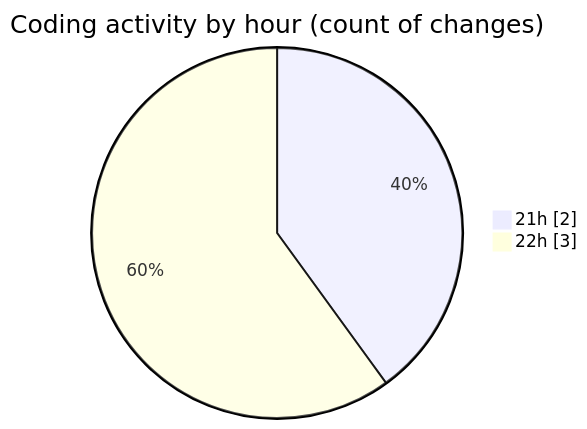
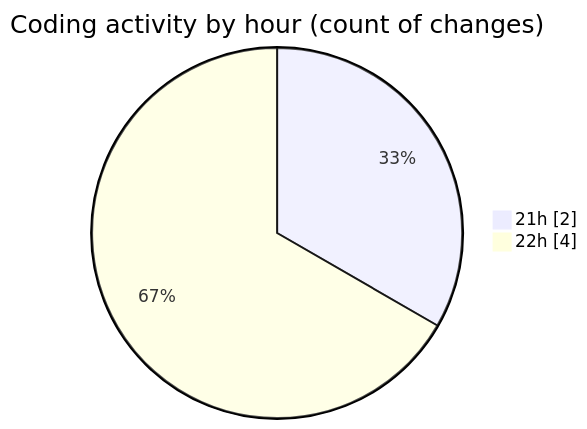
Before and after one commit to donsfak/code-tracking: the second of 2 diagrams in 2025-10-28/projet_distribu_/README.md, drawn with Mermaid. The commit also changed other lines of this file and 1 other file, not shown here.

````diff
--- a/2025-10-28/projet_distribu_/README.md
+++ b/2025-10-28/projet_distribu_/README.md
@@ -30,6 +30,6 @@
 ```mermaid
 pie showData
 title Coding activity by hour (count of changes)
 "21h" : 2
-"22h" : 3
+"22h" : 4
 ```
````
